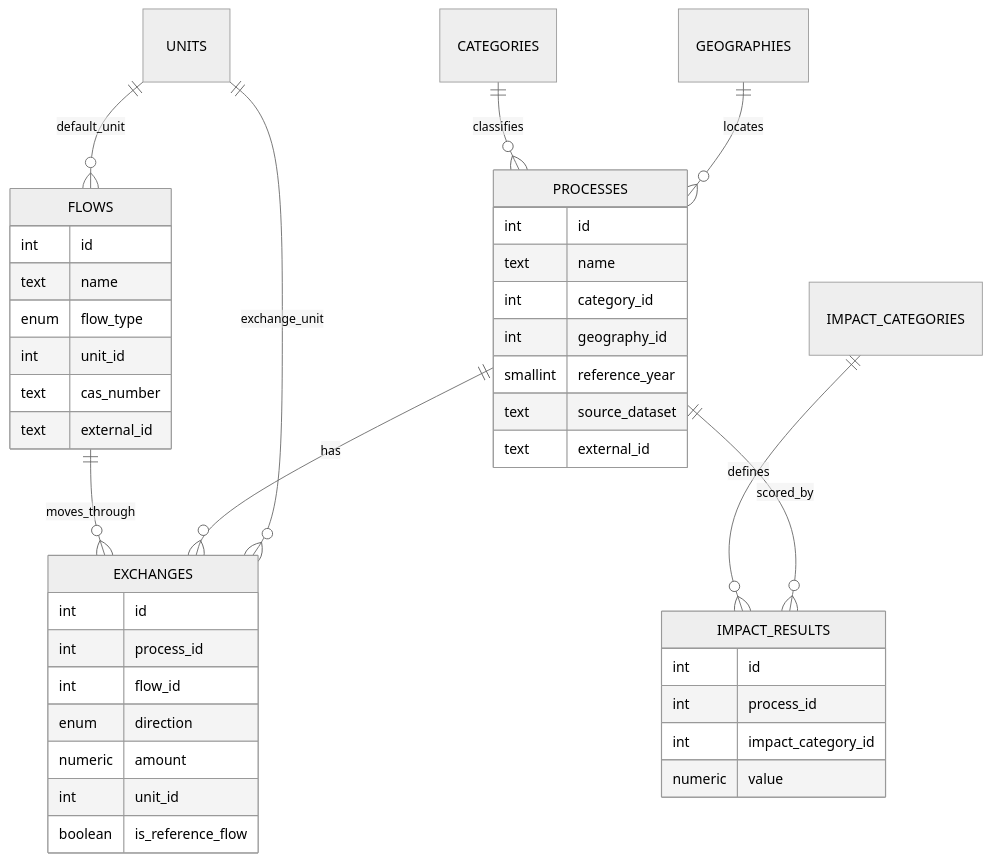
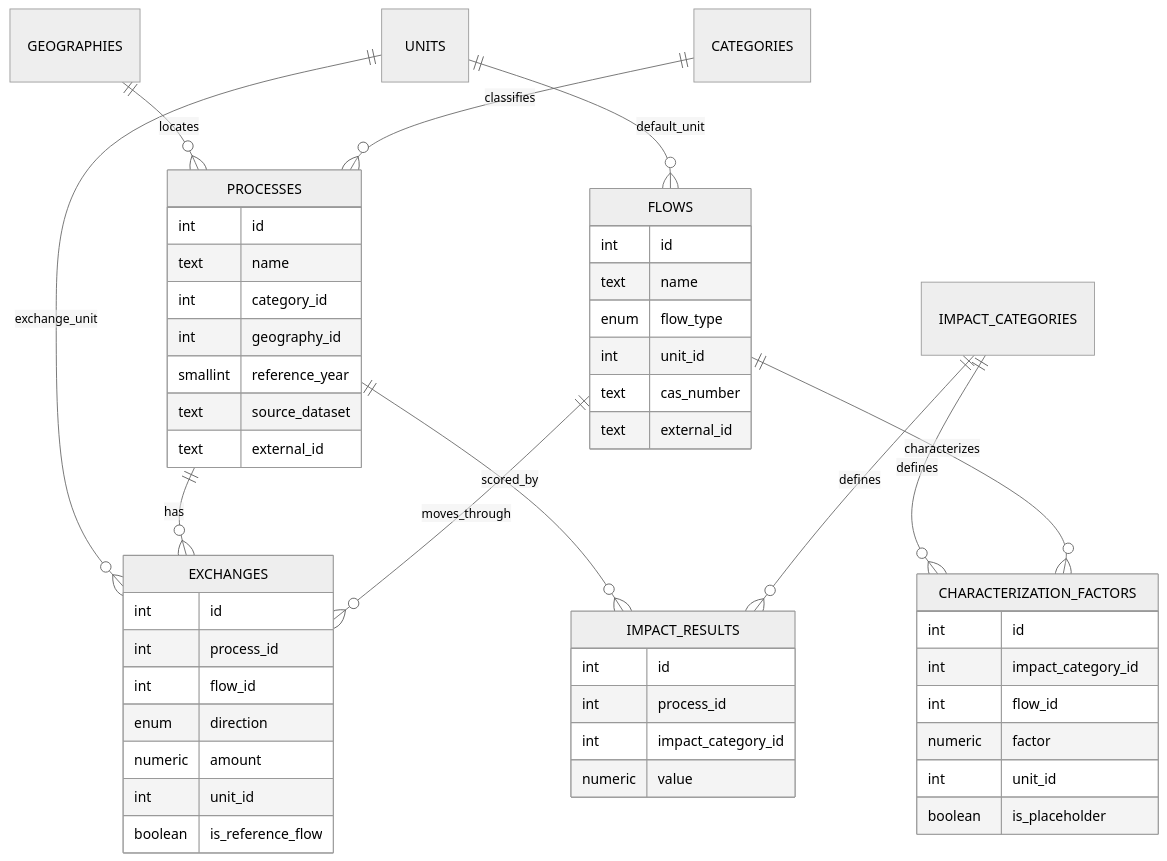
Before and after one commit to thomasdmcmahon/LCA_Supply_Chain_Database: the sixth of 13 diagrams in README.md, drawn with Mermaid (neutral theme). The commit also changed other lines of this file and 11 other files, not shown here.

````diff
--- a/README.md
+++ b/README.md
@@ -116,47 +116,58 @@
 ```mermaid
 erDiagram
     GEOGRAPHIES ||--o{ PROCESSES : locates
     CATEGORIES ||--o{ PROCESSES : classifies
     UNITS ||--o{ FLOWS : default_unit
     UNITS ||--o{ EXCHANGES : exchange_unit
     PROCESSES ||--o{ EXCHANGES : has
     FLOWS ||--o{ EXCHANGES : moves_through
     PROCESSES ||--o{ IMPACT_RESULTS : scored_by
     IMPACT_CATEGORIES ||--o{ IMPACT_RESULTS : defines
+    IMPACT_CATEGORIES ||--o{ CHARACTERIZATION_FACTORS : defines
+    FLOWS ||--o{ CHARACTERIZATION_FACTORS : characterizes
 
     PROCESSES {
         int id
         text name
         int category_id
         int geography_id
         smallint reference_year
         text source_dataset
         text external_id
     }
 
     FLOWS {
         int id
         text name
         enum flow_type
         int unit_id
         text cas_number
         text external_id
     }
 
     EXCHANGES {
         int id
         int process_id
         int flow_id
         enum direction
         numeric amount
         int unit_id
         boolean is_reference_flow
     }
 
     IMPACT_RESULTS {
         int id
         int process_id
         int impact_category_id
         numeric value
     }
+
+    CHARACTERIZATION_FACTORS {
+        int id
+        int impact_category_id
+        int flow_id
+        numeric factor
+        int unit_id
+        boolean is_placeholder
+    }
 ```
````
